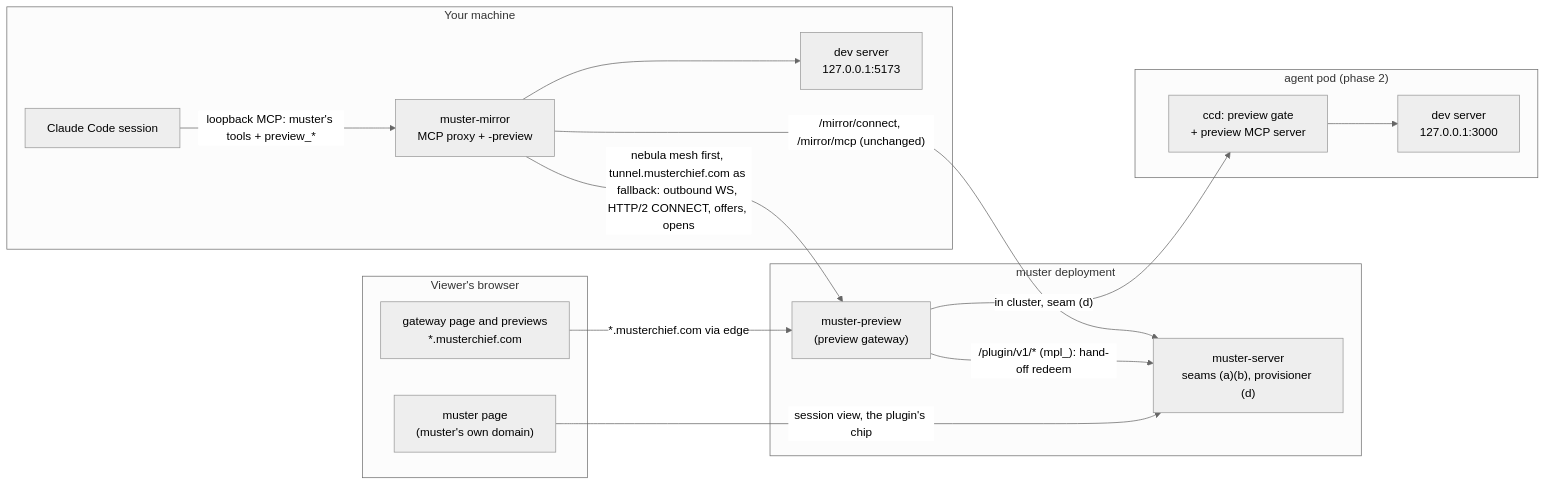
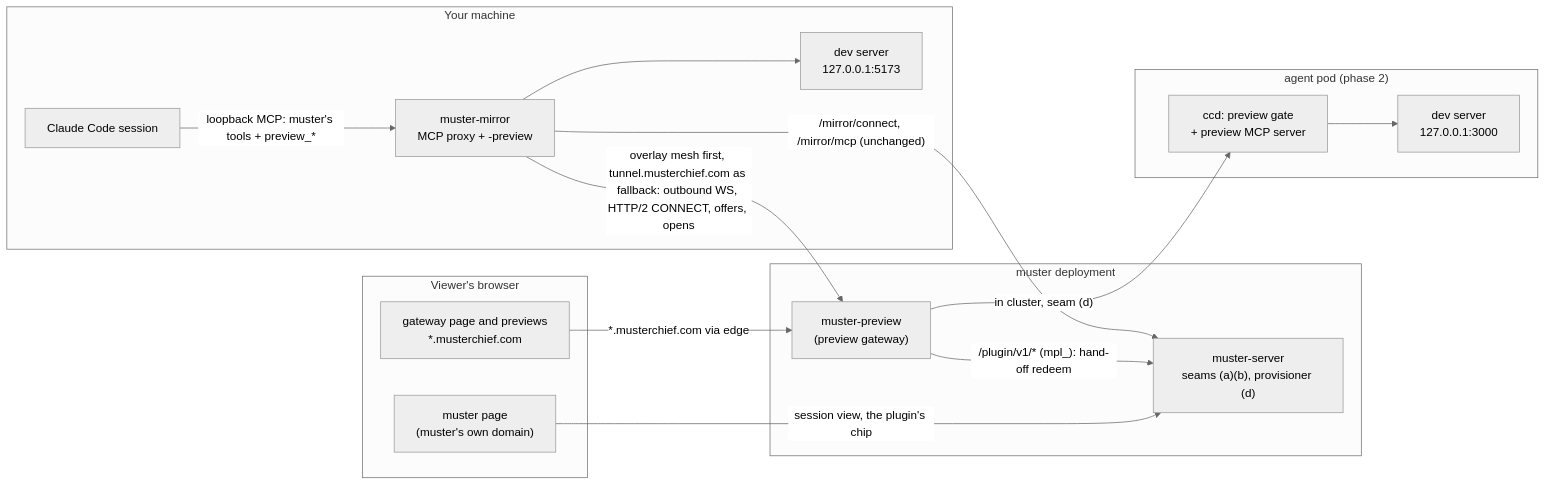
The diagram in docs/design/previews.md (ZacxDev/muster), drawn with Mermaid (neutral theme) before and after one commit. The commit also changed other lines of this file, not shown here.

````diff
--- a/docs/design/previews.md
+++ b/docs/design/previews.md
@@ -238,28 +238,28 @@
 ```mermaid
 flowchart LR
   subgraph viewer["Viewer's browser"]
     page["muster page<br/>(muster's own domain)"]
     frame["gateway page and previews<br/>*.musterchief.com"]
   end
   subgraph core["muster deployment"]
     muster["muster-server<br/>seams (a)(b), provisioner (d)"]
     gw["muster-preview<br/>(preview gateway)"]
   end
   subgraph host["Your machine"]
     cc["Claude Code session"]
     mm["muster-mirror<br/>MCP proxy + -preview"]
     app["dev server<br/>127.0.0.1:5173"]
   end
   subgraph cluster["agent pod (phase 2)"]
     gate["ccd: preview gate<br/>+ preview MCP server"]
     app2["dev server<br/>127.0.0.1:3000"]
   end
   page -->|"session view, the plugin's chip"| muster
   frame -->|"*.musterchief.com via edge"| gw
   gw -->|"/plugin/v1/* (mpl_): hand-off redeem"| muster
   cc -->|"loopback MCP: muster's tools + preview_*"| mm
   mm -->|"/mirror/connect, /mirror/mcp (unchanged)"| muster
-  mm -->|"nebula mesh first, tunnel.musterchief.com as fallback: outbound WS, HTTP/2 CONNECT, offers, opens"| gw
+  mm -->|"overlay mesh first, tunnel.musterchief.com as fallback: outbound WS, HTTP/2 CONNECT, offers, opens"| gw
   mm --> app
   gw -->|"in cluster, seam (d)"| gate --> app2
 ```
````
